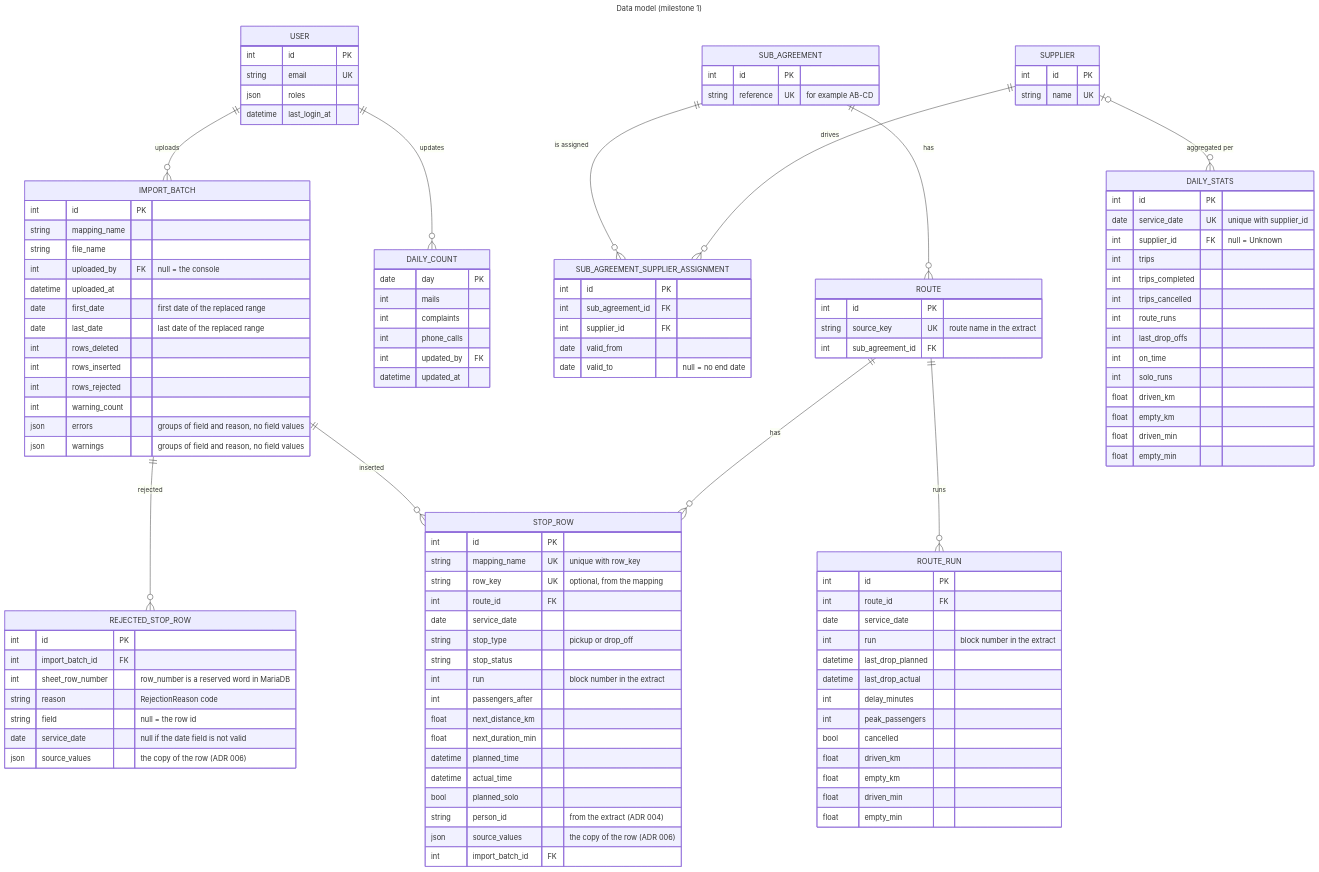
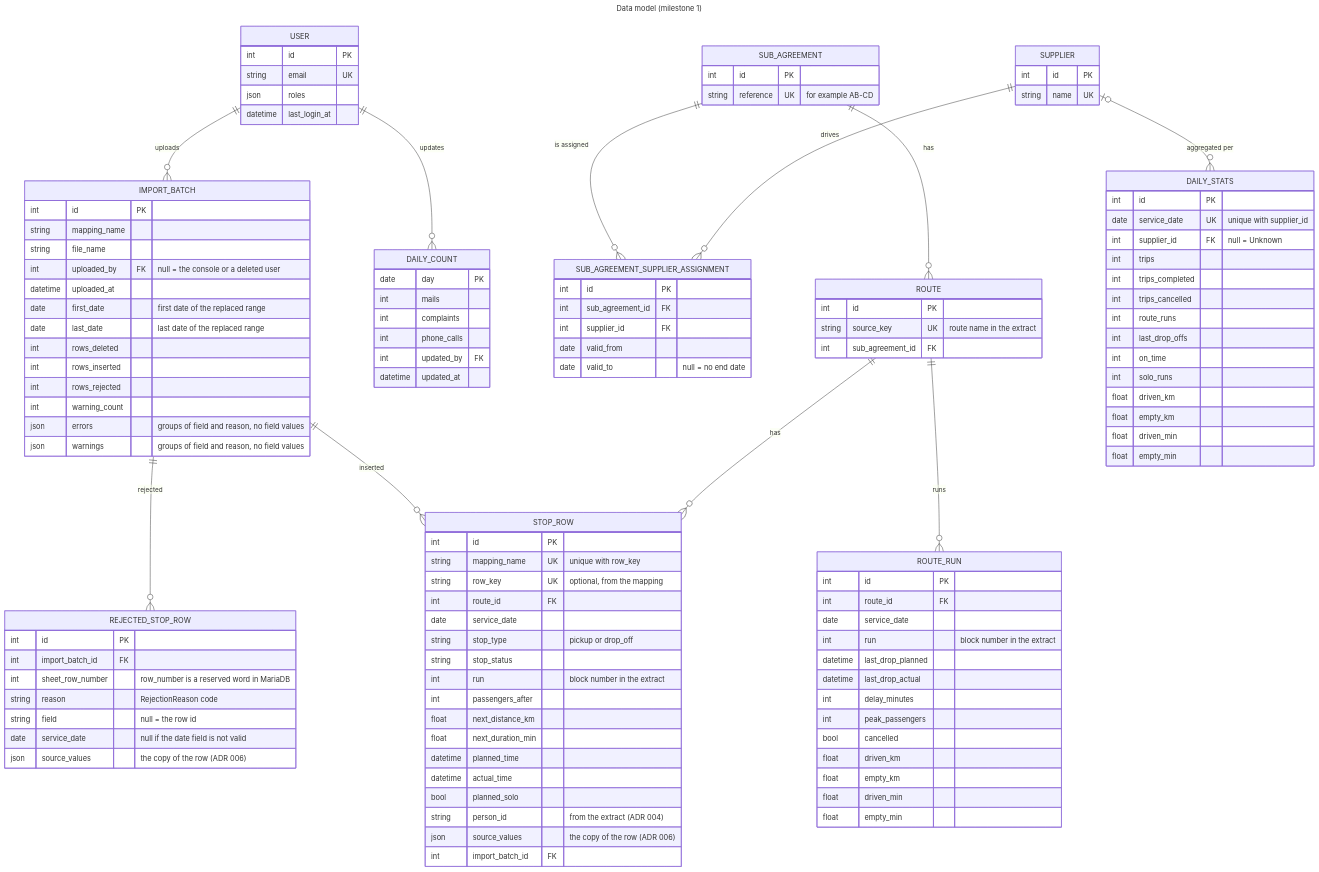
One commit to itk-dev/koerselsoverblik changed the fourth of 7 diagrams in docs/architecture.md. Above: the diagram before and after it, drawn with Mermaid. The commit also changed 2 other files, not shown here.

Commit message:
fix: keep the batches of a deleted user, with no user

```diff
--- a/docs/architecture.md
+++ b/docs/architecture.md
@@ -267,7 +267,7 @@
         int id PK
         string mapping_name
         string file_name
-        int uploaded_by FK "null = the console"
+        int uploaded_by FK "null = the console or a deleted user"
         datetime uploaded_at
         date first_date "first date of the replaced range"
         date last_date "last date of the replaced range"
```
